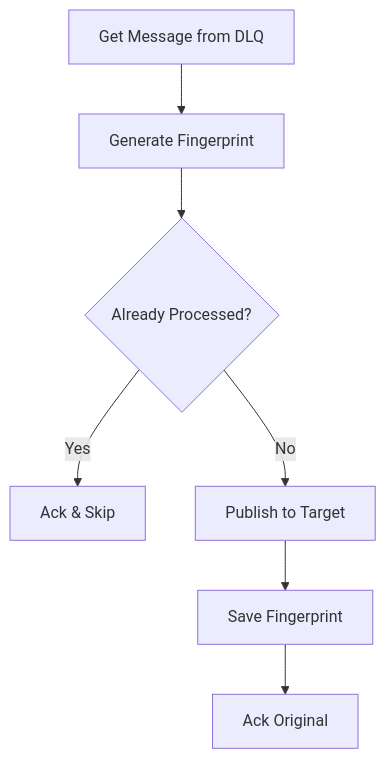
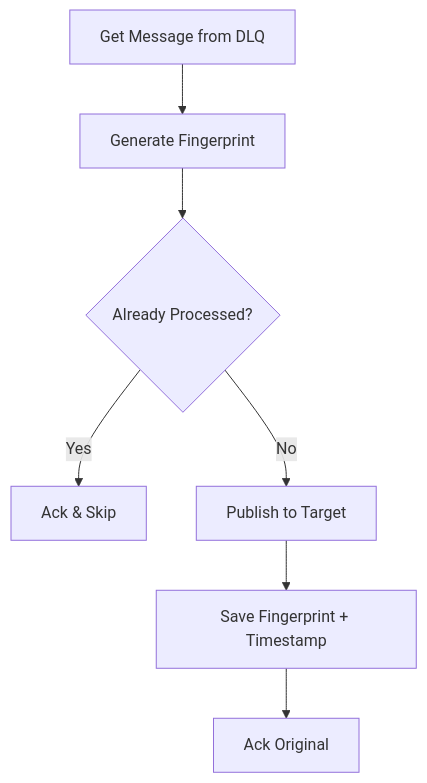
The fifth of 5 diagrams in docs/architecture.md (Re4zOon/rmq-retry-checker), drawn with Mermaid before and after one commit. The commit also changed other lines of this file and 2 other files, not shown here.

````diff
--- a/docs/architecture.md
+++ b/docs/architecture.md
@@ -107,9 +108,9 @@
 ```mermaid
 flowchart TD
     A[Get Message from DLQ] --> B[Generate Fingerprint]
     B --> C{Already Processed?}
     C -->|Yes| D[Ack & Skip]
     C -->|No| E[Publish to Target]
-    E --> F[Save Fingerprint]
+    E --> F[Save Fingerprint + Timestamp]
     F --> G[Ack Original]
 ```
````
